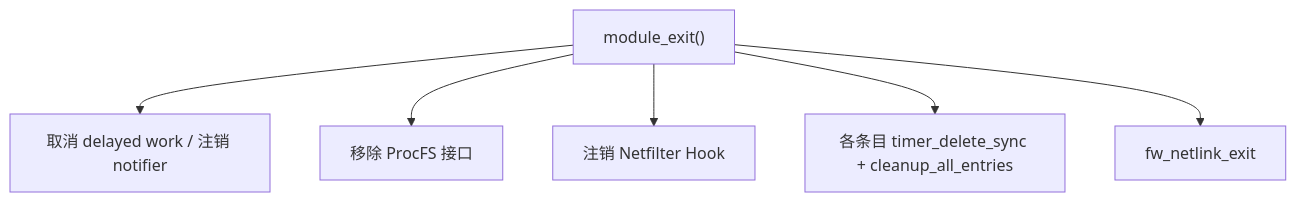
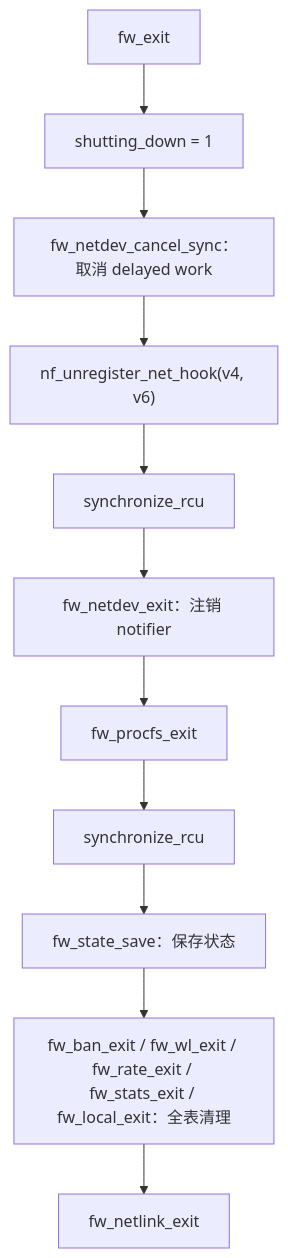
The fourth of 4 diagrams in docs/zh/architecture/kernel-module.md (SnowCore8/linux-firewall-kmod), drawn with Mermaid before and after one commit. The commit also changed other lines of this file and 5 other files, not shown here.

First line of the commit message:
docs(kmod): rewrite the kernel module architecture doc for the Phase 1 design

````diff
--- a/docs/zh/architecture/kernel-module.md
+++ b/docs/zh/architecture/kernel-module.md
@@ -268,8 +447,13 @@
 ```mermaid
 graph TB
-    A["module_exit()"] --> B["取消 delayed work / 注销 notifier"]
-    A --> C["移除 ProcFS 接口"]
-    A --> D["注销 Netfilter Hook"]
-    A --> E["各条目 timer_delete_sync + cleanup_all_entries"]
-    A --> F["fw_netlink_exit"]
+    A["fw_exit"] --> B["shutting_down = 1"]
+    B --> C["fw_netdev_cancel_sync：取消 delayed work"]
+    C --> D["nf_unregister_net_hook(v4, v6)"]
+    D --> E["synchronize_rcu"]
+    E --> F["fw_netdev_exit：注销 notifier"]
+    F --> G["fw_procfs_exit"]
+    G --> H["synchronize_rcu"]
+    H --> I["fw_state_save：保存状态"]
+    I --> J["fw_ban_exit / fw_wl_exit / fw_rate_exit / fw_stats_exit / fw_local_exit：全表清理"]
+    J --> K["fw_netlink_exit"]
 ```
````
